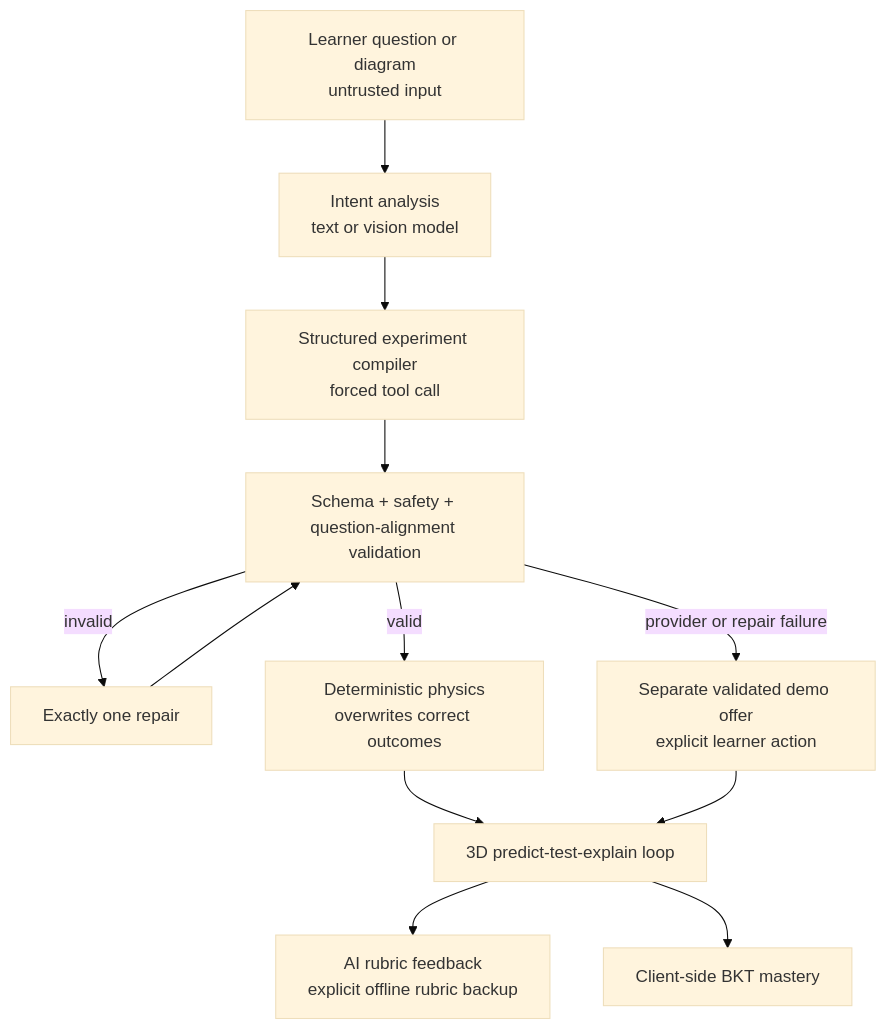
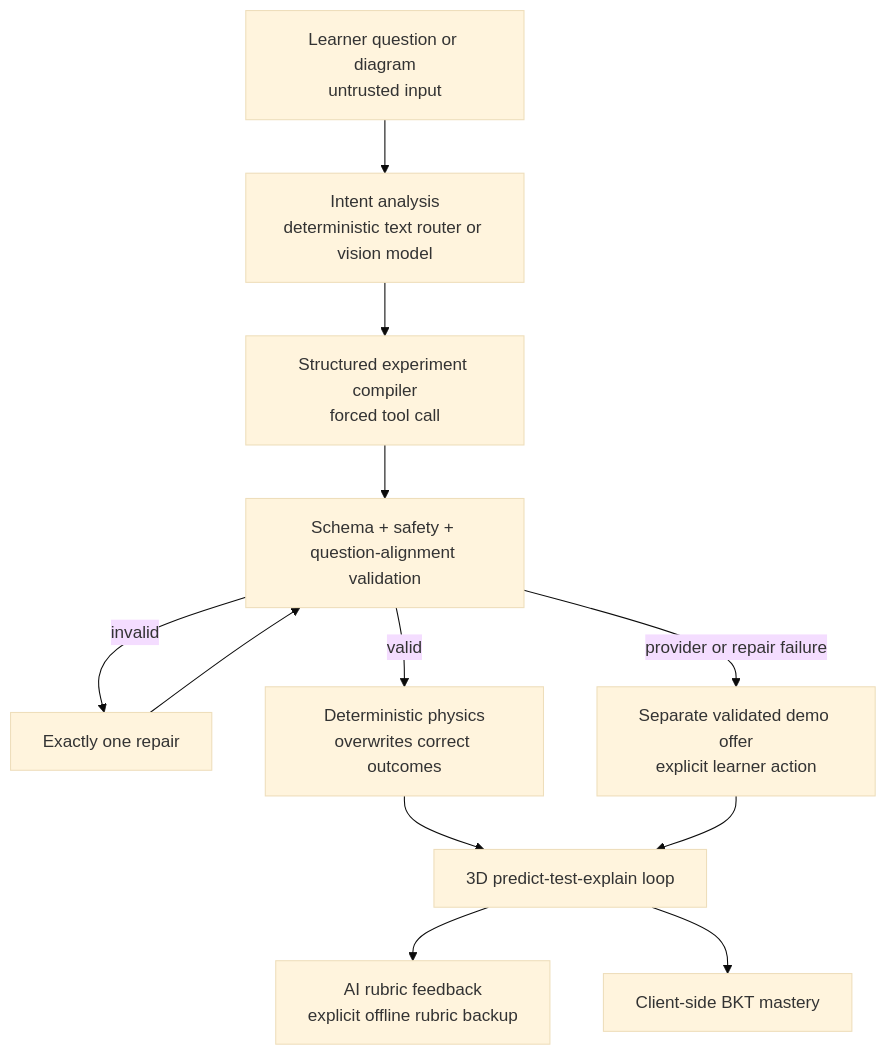
One commit to hilothefunnydog123-coder/prometheus changed the diagram in README.md. Above: the diagram before and after it, drawn with Mermaid (base theme). The commit also changed other lines of this file and 8 other files, not shown here.

````diff
--- a/README.md
+++ b/README.md
@@ -82,13 +84,13 @@
 ```mermaid
 flowchart TD
-    Q["Learner question or diagram<br/>untrusted input"] --> A["Intent analysis<br/>text or vision model"]
+    Q["Learner question or diagram<br/>untrusted input"] --> A["Intent analysis<br/>deterministic text router or vision model"]
     A --> C["Structured experiment compiler<br/>forced tool call"]
     C --> V["Schema + safety + question-alignment validation"]
     V -- invalid --> R["Exactly one repair"] --> V
     V -- valid --> P["Deterministic physics<br/>overwrites correct outcomes"]
     V -- provider or repair failure --> F["Separate validated demo offer<br/>explicit learner action"]
     P --> UI["3D predict-test-explain loop"]
     F --> UI
     UI --> E["AI rubric feedback<br/>explicit offline rubric backup"]
     UI --> B["Client-side BKT mastery"]
 ```
````
